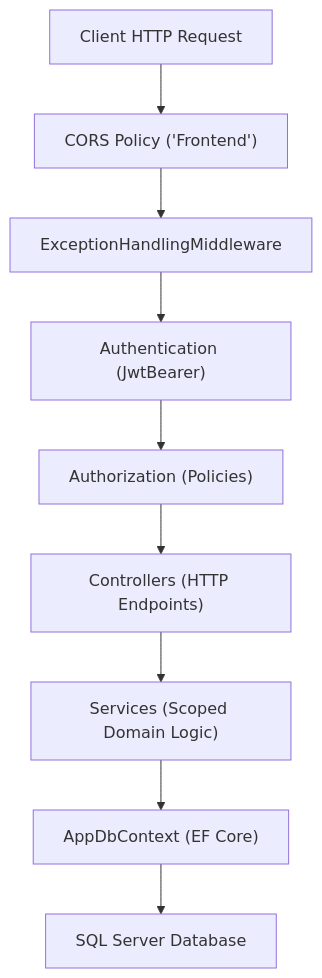
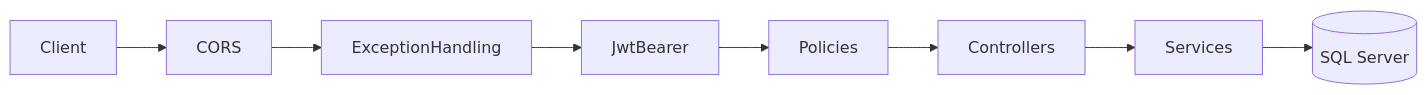
One commit to AlmaghrabyAli/ecommerce-platform changed the first of 2 diagrams in backend/README.md. Above: the diagram before and after it, drawn with Mermaid. The commit also changed other lines of this file and 1 other file, not shown here.

Commit message:
docs: add project, backend and frontend READMEs

````diff
--- a/backend/README.md
+++ b/backend/README.md
@@ -85,11 +43,4 @@
 ```mermaid
-flowchart TD
-    Client["Client HTTP Request"] --> CORS["CORS Policy ('Frontend')"]
-    CORS --> ExMiddleware["ExceptionHandlingMiddleware"]
-    ExMiddleware --> AuthN["Authentication (JwtBearer)"]
-    AuthN --> AuthZ["Authorization (Policies)"]
-    AuthZ --> Controllers["Controllers (HTTP Endpoints)"]
-    Controllers --> Services["Services (Scoped Domain Logic)"]
-    Services --> DbContext["AppDbContext (EF Core)"]
-    DbContext --> SQL["SQL Server Database"]
+flowchart LR
+    Client --> CORS --> Ex[ExceptionHandling] --> AuthN[JwtBearer] --> AuthZ[Policies] --> Ctrl[Controllers] --> Svc[Services] --> DB[(SQL Server)]
 ```
````
